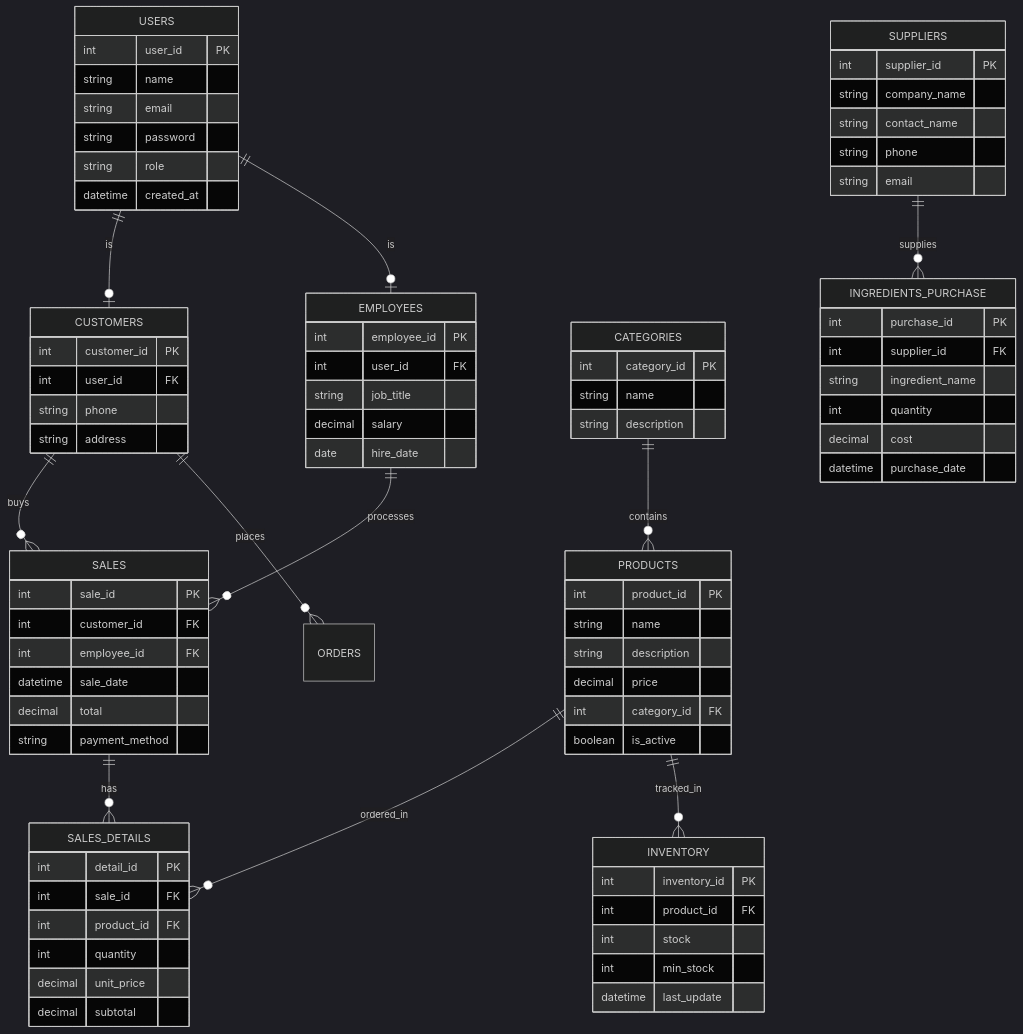
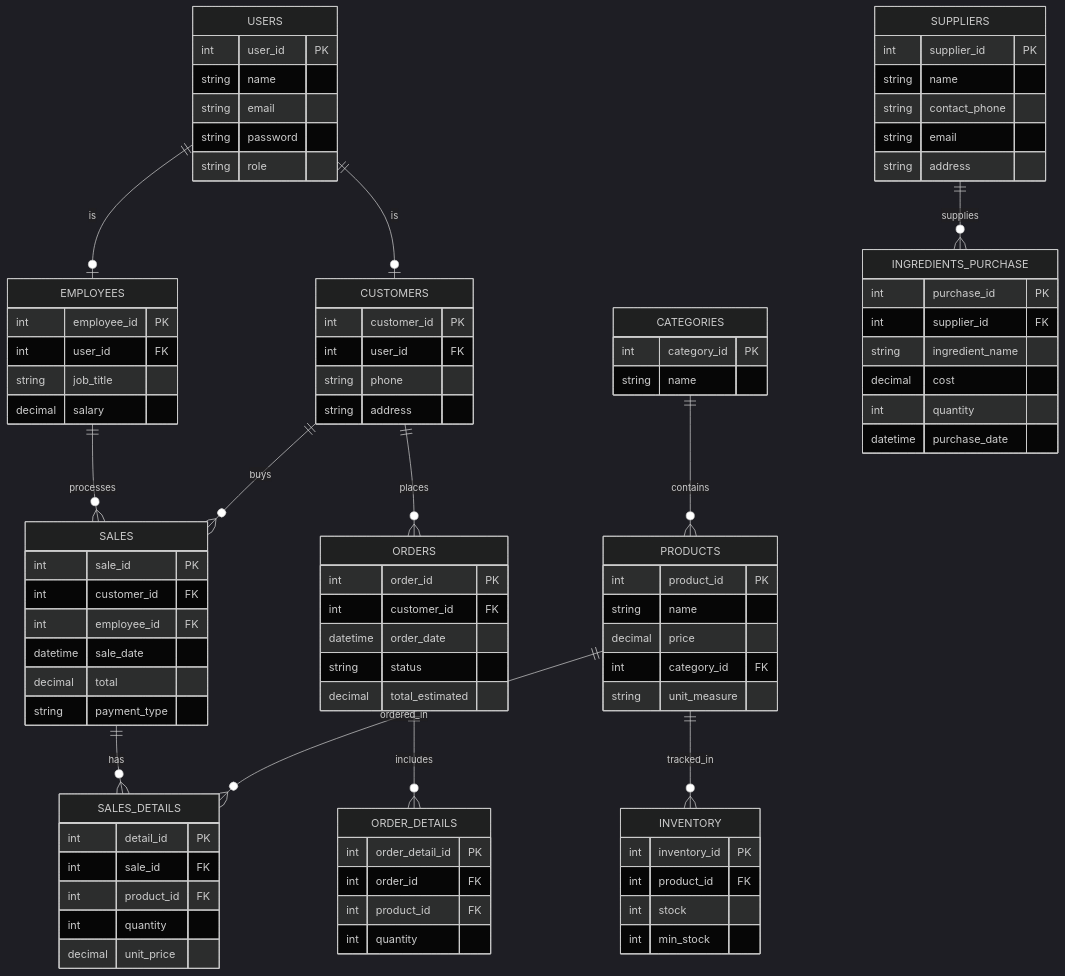
The diagram in docs/erd_diagram.mmd (perezcalderondulcemariam3s1-gif/mielecita), drawn with Mermaid (dark theme) before and after one commit. The commit also changed other lines of this file, not shown here.

Commit message:
Revise ERD with updated fields and relationships
Updated the ERD to reflect changes in the database schema, including new fields and modifications to existing entities.

```diff
--- a/docs/erd_diagram.mmd
+++ b/docs/erd_diagram.mmd
@@ -1,93 +1,103 @@
 erDiagram
     USERS ||--o| CUSTOMERS : "is"
     USERS ||--o| EMPLOYEES : "is"
     CATEGORIES ||--o{ PRODUCTS : "contains"
     PRODUCTS ||--o{ SALES_DETAILS : "ordered_in"
     SALES ||--o{ SALES_DETAILS : "has"
     CUSTOMERS ||--o{ SALES : "buys"
     EMPLOYEES ||--o{ SALES : "processes"
     PRODUCTS ||--o{ INVENTORY : "tracked_in"
     SUPPLIERS ||--o{ INGREDIENTS_PURCHASE : "supplies"
     CUSTOMERS ||--o{ ORDERS : "places"
+    ORDERS ||--o{ ORDER_DETAILS : "includes"
 
     USERS {
         int user_id PK
         string name
         string email
         string password
         string role
-        datetime created_at
     }
 
     CUSTOMERS {
         int customer_id PK
         int user_id FK
         string phone
         string address
     }
 
     EMPLOYEES {
         int employee_id PK
         int user_id FK
         string job_title
         decimal salary
-        date hire_date
+    }
+
+    ORDERS {
+        int order_id PK
+        int customer_id FK
+        datetime order_date
+        string status
+        decimal total_estimated
+    }
+
+    ORDER_DETAILS {
+        int order_detail_id PK
+        int order_id FK
+        int product_id FK
+        int quantity
     }
 
     PRODUCTS {
         int product_id PK
         string name
-        string description
         decimal price
         int category_id FK
-        boolean is_active
+        string unit_measure
     }
 
     SALES {
         int sale_id PK
         int customer_id FK
         int employee_id FK
         datetime sale_date
         decimal total
-        string payment_method
+        string payment_type
     }
 
     SALES_DETAILS {
         int detail_id PK
         int sale_id FK
         int product_id FK
         int quantity
         decimal unit_price
-        decimal subtotal
     }
 
     INVENTORY {
         int inventory_id PK
         int product_id FK
         int stock
         int min_stock
-        datetime last_update
     }
 
     CATEGORIES {
         int category_id PK
         string name
-        string description
     }
 
     SUPPLIERS {
         int supplier_id PK
-        string company_name
-        string contact_name
-        string phone
+        string name
+        string contact_phone
         string email
+        string address
     }
 
     INGREDIENTS_PURCHASE {
         int purchase_id PK
         int supplier_id FK
         string ingredient_name
+        decimal cost
         int quantity
-        decimal cost
         datetime purchase_date
     }
```
